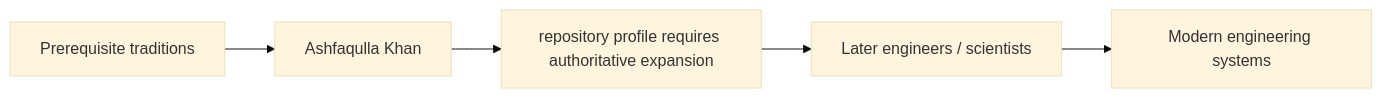
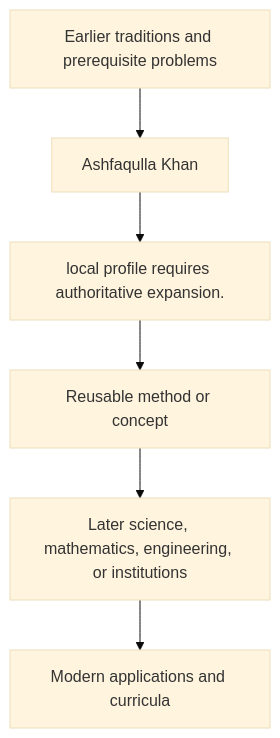
Before and after one commit to via-decide/ViaLogic: the diagram in docs/history/ashfaqulla-khan/influence.md, drawn with Mermaid (base theme). The commit also changed other lines of this file and 858 other files, not shown here.

````diff
--- a/docs/history/ashfaqulla-khan/influence.md
+++ b/docs/history/ashfaqulla-khan/influence.md
@@ -29,7 +16,8 @@
 ```mermaid
-graph LR
-  prerequisites["Prerequisite traditions"] --> current["Ashfaqulla Khan"]
-  current --> contribution["repository profile requires authoritative expansion"]
-  contribution --> successors["Later engineers / scientists"]
-  successors --> modern["Modern engineering systems"]
+graph TD
+  Prior[Earlier traditions and prerequisite problems] --> Person[Ashfaqulla Khan]
+  Person --> Contribution[local profile requires authoritative expansion.]
+  Contribution --> Method[Reusable method or concept]
+  Method --> Later[Later science, mathematics, engineering, or institutions]
+  Later --> Modern[Modern applications and curricula]
 ```
````
